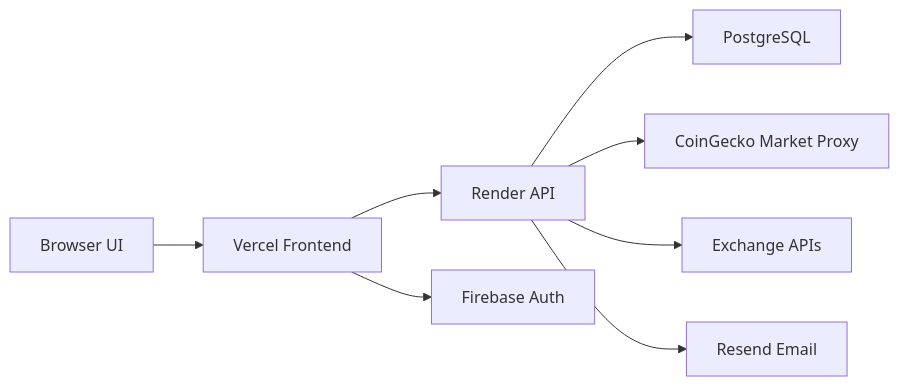
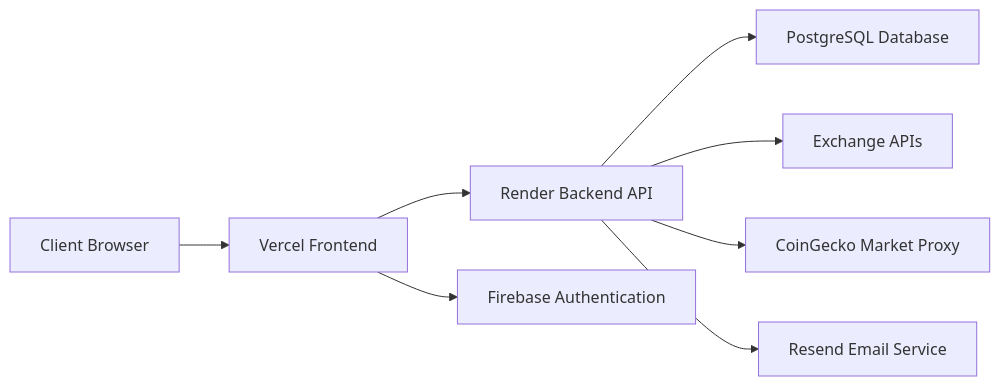
Before and after one commit to prakyath-shetty/crypto-zip-fresh: the diagram in README.md, drawn with Mermaid. The commit also changed other lines of this file, not shown here.

````diff
--- a/README.md
+++ b/README.md
@@ -37,10 +72,10 @@
 ```mermaid
 flowchart LR
-    A["Browser UI"] --> B["Vercel Frontend"]
-    B --> C["Render API"]
-    C --> D["PostgreSQL"]
-    C --> E["CoinGecko Market Proxy"]
-    C --> F["Exchange APIs"]
-    C --> G["Resend Email"]
-    B --> H["Firebase Auth"]
+    A["Client Browser"] --> B["Vercel Frontend"]
+    B --> C["Render Backend API"]
+    C --> D["PostgreSQL Database"]
+    C --> E["Exchange APIs"]
+    C --> F["CoinGecko Market Proxy"]
+    C --> G["Resend Email Service"]
+    B --> H["Firebase Authentication"]
 ```
````
